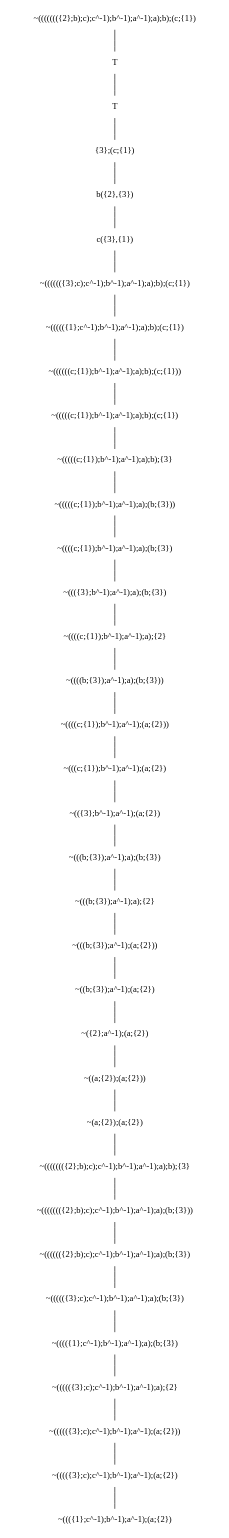
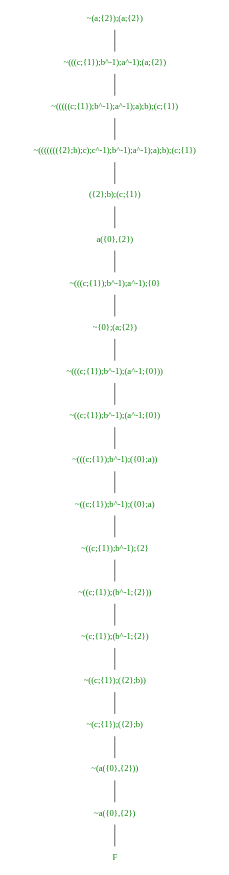
Before and after one commit to jangreen/rat: the diagram in output/infinite-debug.dot, drawn with Graphviz. The commit also changed 5 other files, not shown here.

```diff
--- a/output/infinite-debug.dot
+++ b/output/infinite-debug.dot
@@ -1,72 +1,42 @@
 graph {
 node[shape="plaintext"]
-N0x158612c70[label="~((((((({2};b);c);c^-1);b^-1);a^-1);a);b);(c;{1})"];
-N0x158630920[label="T"];
-N0x158636dd0[label="T"];
-N0x158630300[label="{3};(c;{1})"];
-N0x158630380[label="b({2},{3})"];
-N0x1586288e0[label="c({3},{1})"];
-N0x15863e380[label="~(((((({3};c);c^-1);b^-1);a^-1);a);b);(c;{1})"];
-N0x15863e830[label="~((((({1};c^-1);b^-1);a^-1);a);b);(c;{1})"];
-N0x15863eb60[label="~((((((c;{1});b^-1);a^-1);a);b);(c;{1}))"];
-N0x15863f560[label="~(((((c;{1});b^-1);a^-1);a);b);(c;{1})"];
-N0x15863f670[label="~(((((c;{1});b^-1);a^-1);a);b);{3}"];
-N0x15863f920[label="~(((((c;{1});b^-1);a^-1);a);(b;{3}))"];
-N0x158640180[label="~((((c;{1});b^-1);a^-1);a);(b;{3})"];
-N0x158640250[label="~((({3};b^-1);a^-1);a);(b;{3})"];
-N0x158640630[label="~((((c;{1});b^-1);a^-1);a);{2}"];
-N0x158640930[label="~((((b;{3});a^-1);a);(b;{3}))"];
-N0x1586410c0[label="~((((c;{1});b^-1);a^-1);(a;{2}))"];
-N0x158641320[label="~(((c;{1});b^-1);a^-1);(a;{2})"];
-N0x158640bf0[label="~(({3};b^-1);a^-1);(a;{2})"];
-N0x1586424a0[label="~(((b;{3});a^-1);a);(b;{3})"];
-N0x158642570[label="~(((b;{3});a^-1);a);{2}"];
-N0x1586426d0[label="~(((b;{3});a^-1);(a;{2}))"];
-N0x158642cb0[label="~((b;{3});a^-1);(a;{2})"];
-N0x158642d90[label="~({2};a^-1);(a;{2})"];
-N0x158642dd0[label="~((a;{2});(a;{2}))"];
-N0x158643210[label="~(a;{2});(a;{2})"];
-N0x158643b50[label="~((((((({2};b);c);c^-1);b^-1);a^-1);a);b);{3}"];
-N0x158643b90[label="~((((((({2};b);c);c^-1);b^-1);a^-1);a);(b;{3}))"];
-N0x158643cb0[label="~(((((({2};b);c);c^-1);b^-1);a^-1);a);(b;{3})"];
-N0x158644310[label="~((((({3};c);c^-1);b^-1);a^-1);a);(b;{3})"];
-N0x15863a050[label="~(((({1};c^-1);b^-1);a^-1);a);(b;{3})"];
-N0x158639a20[label="~((((({3};c);c^-1);b^-1);a^-1);a);{2}"];
-N0x15863d8d0[label="~((((({3};c);c^-1);b^-1);a^-1);(a;{2}))"];
-N0x15863b7d0[label="~(((({3};c);c^-1);b^-1);a^-1);(a;{2})"];
-N0x15863b8a0[label="~((({1};c^-1);b^-1);a^-1);(a;{2})"];
-N0x15863b7d0 -- N0x15863b8a0;
-N0x15863d8d0 -- N0x15863b7d0;
-N0x158639a20 -- N0x15863d8d0;
-N0x15863a050 -- N0x158639a20;
-N0x158644310 -- N0x15863a050;
-N0x158643cb0 -- N0x158644310;
-N0x158643b90 -- N0x158643cb0;
-N0x158643b50 -- N0x158643b90;
-N0x158643210 -- N0x158643b50;
-N0x158642dd0 -- N0x158643210;
-N0x158642d90 -- N0x158642dd0;
-N0x158642cb0 -- N0x158642d90;
-N0x1586426d0 -- N0x158642cb0;
-N0x158642570 -- N0x1586426d0;
-N0x1586424a0 -- N0x158642570;
-N0x158640bf0 -- N0x1586424a0;
-N0x158641320 -- N0x158640bf0;
-N0x1586410c0 -- N0x158641320;
-N0x158640930 -- N0x1586410c0;
-N0x158640630 -- N0x158640930;
-N0x158640250 -- N0x158640630;
-N0x158640180 -- N0x158640250;
-N0x15863f920 -- N0x158640180;
-N0x15863f670 -- N0x15863f920;
-N0x15863f560 -- N0x15863f670;
-N0x15863eb60 -- N0x15863f560;
-N0x15863e830 -- N0x15863eb60;
-N0x15863e380 -- N0x15863e830;
-N0x1586288e0 -- N0x15863e380;
-N0x158630380 -- N0x1586288e0;
-N0x158630300 -- N0x158630380;
-N0x158636dd0 -- N0x158630300;
-N0x158630920 -- N0x158636dd0;
-N0x158612c70 -- N0x158630920;
+N0x120718300[label="~(a;{2});(a;{2})", fontcolor=green];
+N0x120718550[label="~(((c;{1});b^-1);a^-1);(a;{2})", fontcolor=green];
+N0x120714350[label="~(((((c;{1});b^-1);a^-1);a);b);(c;{1})", fontcolor=green];
+N0x120714310[label="~((((((({2};b);c);c^-1);b^-1);a^-1);a);b);(c;{1})", fontcolor=green];
+N0x120719490[label="({2};b);(c;{1})", fontcolor=green];
+N0x120718e20[label="a({0},{2})", fontcolor=green];
+N0x121904890[label="~(((c;{1});b^-1);a^-1);{0}", fontcolor=green];
+N0x1219048d0[label="~{0};(a;{2})", fontcolor=green];
+N0x121904c80[label="~(((c;{1});b^-1);(a^-1;{0}))", fontcolor=green];
+N0x121905350[label="~((c;{1});b^-1);(a^-1;{0})", fontcolor=green];
+N0x121905020[label="~(((c;{1});b^-1);({0};a))", fontcolor=green];
+N0x1219058f0[label="~((c;{1});b^-1);({0};a)", fontcolor=green];
+N0x1219059e0[label="~((c;{1});b^-1);{2}", fontcolor=green];
+N0x121905aa0[label="~((c;{1});(b^-1;{2}))", fontcolor=green];
+N0x121905fa0[label="~(c;{1});(b^-1;{2})", fontcolor=green];
+N0x121905db0[label="~((c;{1});({2};b))", fontcolor=green];
+N0x121906410[label="~(c;{1});({2};b)", fontcolor=green];
+N0x121906110[label="~(a({0},{2}))", fontcolor=green];
+N0x121906530[label="~a({0},{2})", fontcolor=green];
+N0x121906570[label="F", fontcolor=green];
+N0x121906530 -- N0x121906570;
+N0x121906110 -- N0x121906530;
+N0x121906410 -- N0x121906110;
+N0x121905db0 -- N0x121906410;
+N0x121905fa0 -- N0x121905db0;
+N0x121905aa0 -- N0x121905fa0;
+N0x1219059e0 -- N0x121905aa0;
+N0x1219058f0 -- N0x1219059e0;
+N0x121905020 -- N0x1219058f0;
+N0x121905350 -- N0x121905020;
+N0x121904c80 -- N0x121905350;
+N0x1219048d0 -- N0x121904c80;
+N0x121904890 -- N0x1219048d0;
+N0x120718e20 -- N0x121904890;
+N0x120719490 -- N0x120718e20;
+N0x120714310 -- N0x120719490;
+N0x120714350 -- N0x120714310;
+N0x120718550 -- N0x120714350;
+N0x120718300 -- N0x120718550;
 }
```
